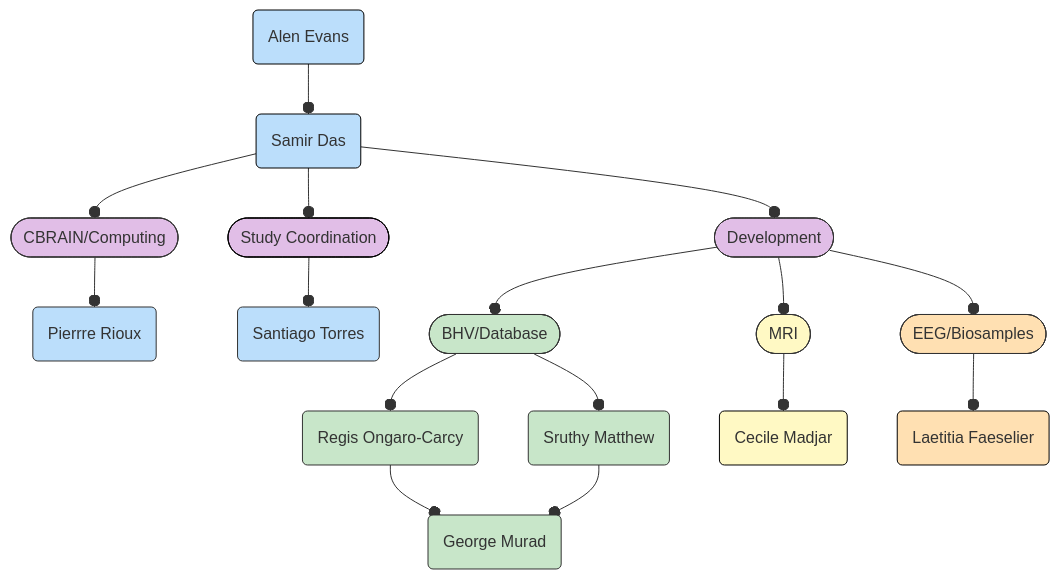
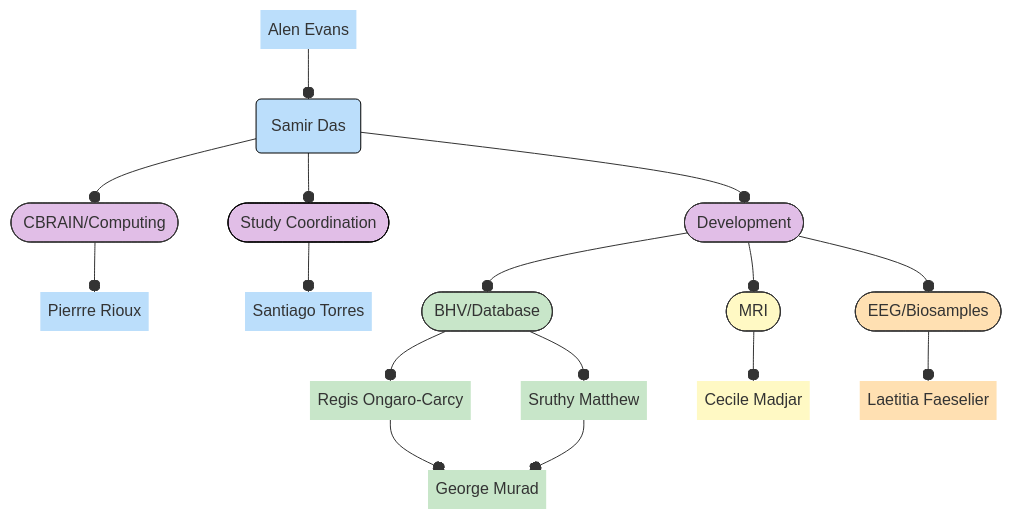
One commit to DCAN-Labs/hbcd-docs-internal changed the second of 2 diagrams in docs/orgcharts.md. Above: the diagram before and after it, drawn with Mermaid. The commit also changed other lines of this file, not shown here.

Commit message:
use text instead of rounded shape

````diff
--- a/docs/orgcharts.md
+++ b/docs/orgcharts.md
@@ -11,37 +11,37 @@
 ```mermaid
 flowchart TB
 A["Alen Evans"] --o nl("Samir Das")
 nl --o n9(["Study Coordination"]) & C(["CBRAIN/Computing"]) & B(["Development"])
 C --o D["Pierrre Rioux"]
 n9 --o E["Santiago Torres"]
 B --o F(["BHV/Database"]) & H(["EEG/Biosamples"]) & G(["MRI"])
 F --o I["Regis Ongaro-Carcy"] & J["Sruthy Matthew"]
 I --o K["George Murad"]
 J --o K
 G --o L["Cecile Madjar"]
 H --o M["Laetitia Faeselier"]
 
-A@{ shape: rounded}
-D@{ shape: rounded}
-E@{ shape: rounded}
-I@{ shape: rounded}
-J@{ shape: rounded}
-K@{ shape: rounded}
-L@{ shape: rounded}
-M@{ shape: rounded}
+A@{ shape: text}
+D@{ shape: text}
+E@{ shape: text}
+I@{ shape: text}
+J@{ shape: text}
+K@{ shape: text}
+L@{ shape: text}
+M@{ shape: text}
 style A stroke:#000000,fill:#BBDEFB
 style nl stroke:#000000,fill:#BBDEFB
 style n9 stroke:#000000,fill:#E1BEE7,stroke-width:1px,stroke-dasharray: 0
 style C stroke:#333,fill:#E1BEE7
 style B stroke:#333,fill:#E1BEE7
 style D stroke:#333,fill:#BBDEFB
 style E stroke:#333,fill:#BBDEFB
 style F stroke:#333,fill:#C8E6C9
 style H stroke:#333,fill:#FFE0B2
 style G stroke:#333,fill:#FFF9C4
 style I stroke:#333,fill:#C8E6C9
 style J stroke:#333,fill:#C8E6C9
 style K stroke:#333,fill:#C8E6C9
 style L stroke:#000000,fill:#FFF9C4
 style M fill:#FFE0B2,stroke:#000000
 ```
````
